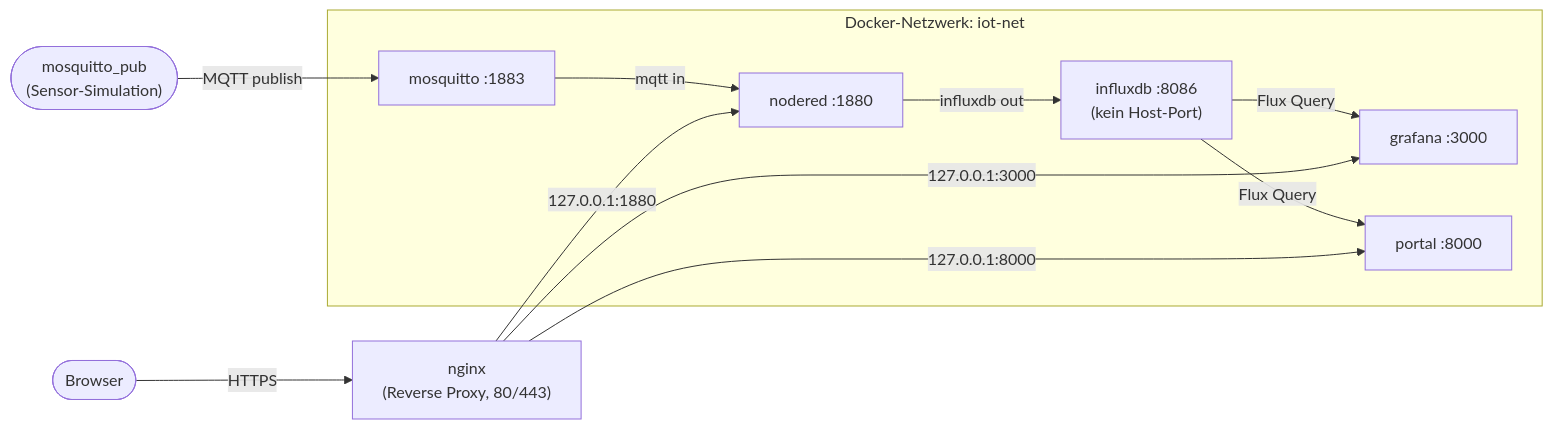
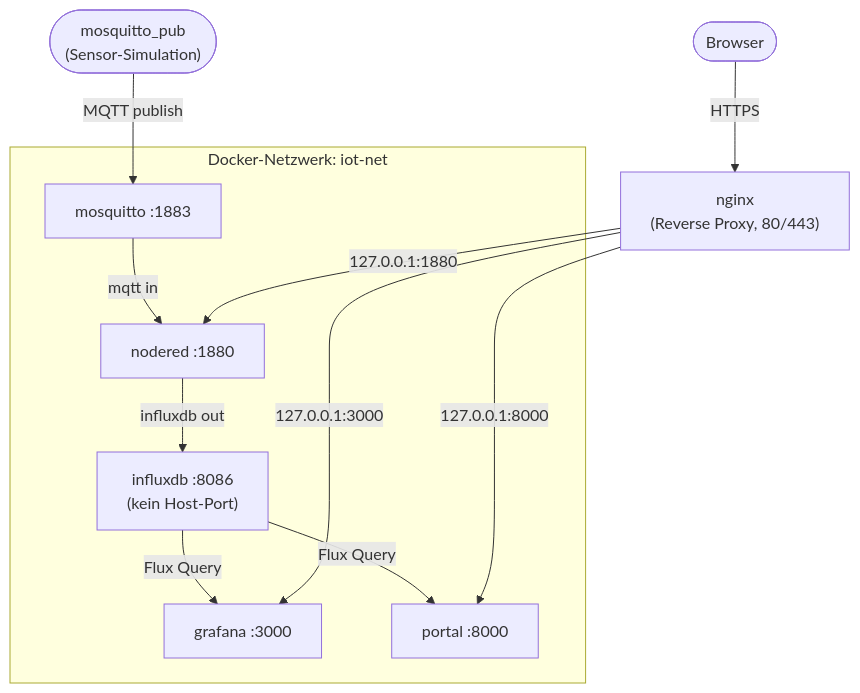
The diagram in Lab_09.md (Lotter69/2026_02_linux), drawn with Mermaid before and after one commit.

Commit message:
Add flowchart for services in iot-net
Updated Lab_09.md to include a flowchart for service communication.

````diff
--- a/Lab_09.md
+++ b/Lab_09.md
@@ -103,26 +103,26 @@
 ```mermaid
-flowchart LR
+flowchart TD
     Sensor(["mosquitto_pub<br/>(Sensor-Simulation)"])
     Browser(["Browser"])
 
     subgraph IotNet["Docker-Netzwerk: iot-net"]
         mosquitto["mosquitto :1883"]
         nodered["nodered :1880"]
         influxdb["influxdb :8086<br/>(kein Host-Port)"]
         grafana["grafana :3000"]
         portal["portal :8000"]
     end
 
     nginx["nginx<br/>(Reverse Proxy, 80/443)"]
 
     Sensor -->|MQTT publish| mosquitto
     mosquitto -->|mqtt in| nodered
     nodered -->|influxdb out| influxdb
     influxdb -->|Flux Query| grafana
     influxdb -->|Flux Query| portal
 
     Browser -->|HTTPS| nginx
     nginx -->|"127.0.0.1:1880"| nodered
     nginx -->|"127.0.0.1:3000"| grafana
     nginx -->|"127.0.0.1:8000"| portal
 ```
````
